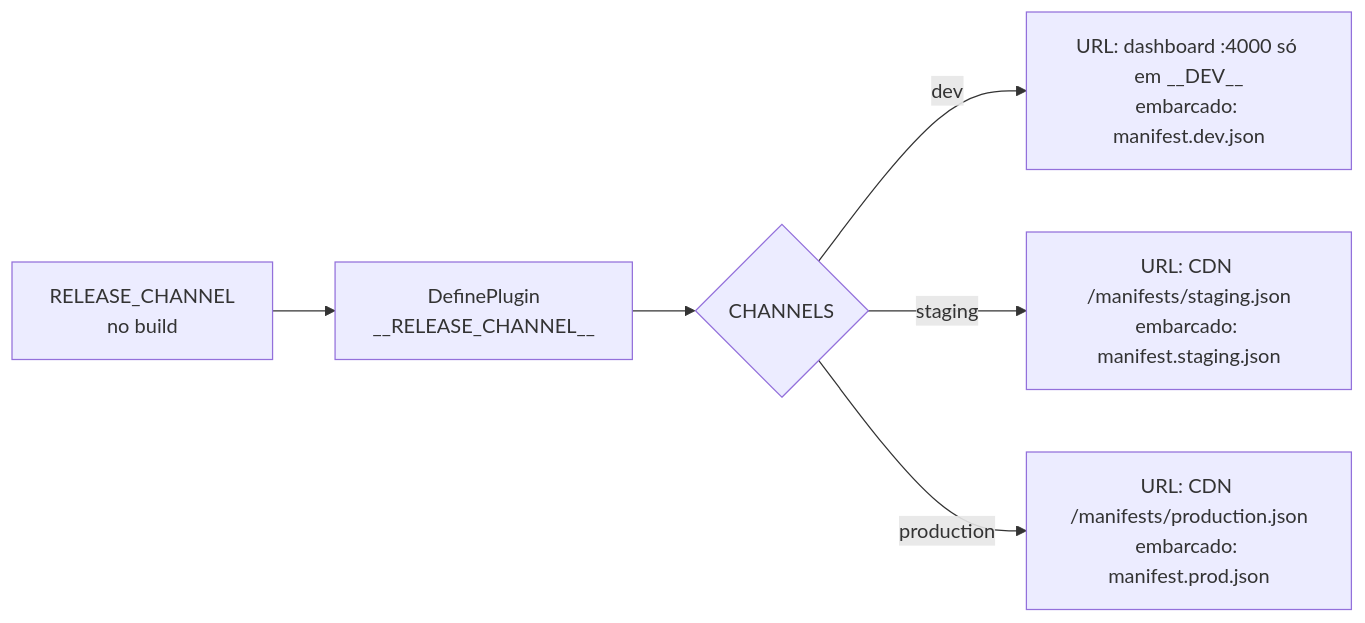
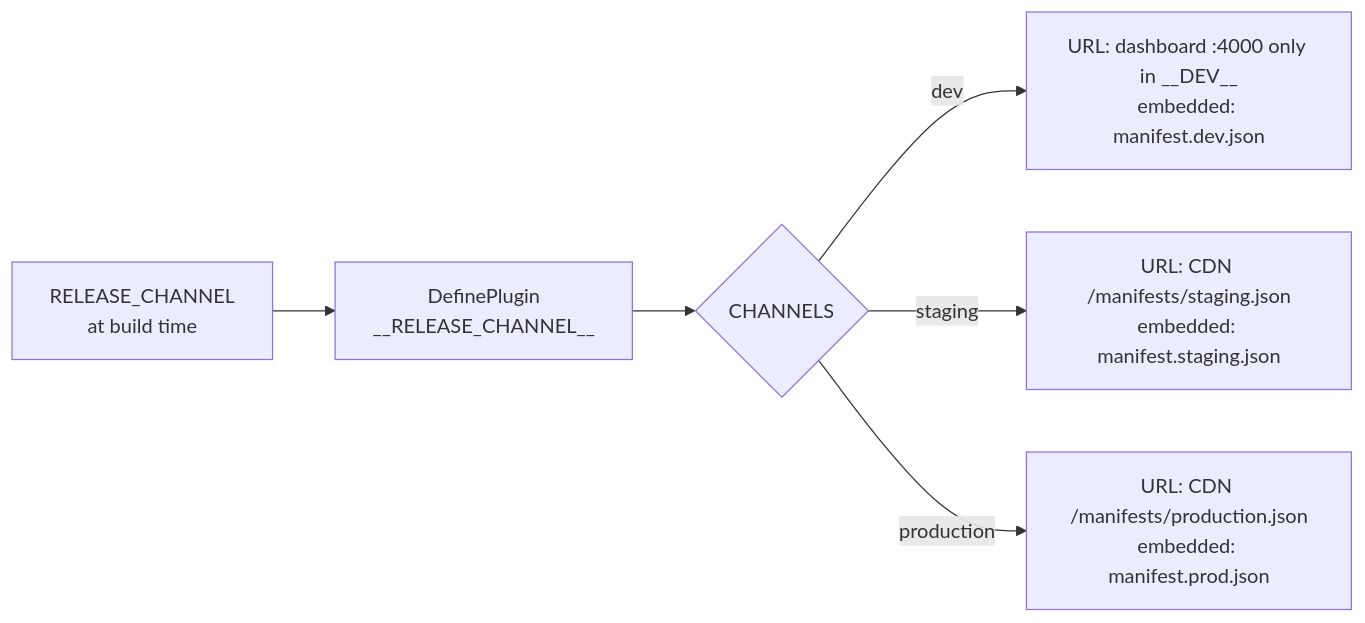
Before and after one commit to Luizrebelatto/module-federation-playground: the sixth of 8 diagrams in todo-mf/ARCHITECTURE.md, drawn with Mermaid. The commit also changed other lines of this file and 16 other files, not shown here.

````diff
--- a/todo-mf/ARCHITECTURE.md
+++ b/todo-mf/ARCHITECTURE.md
@@ -301,8 +301,8 @@
 ```mermaid
 flowchart LR
-  Env["RELEASE_CHANNEL<br/>no build"] --> Define["DefinePlugin<br/>__RELEASE_CHANNEL__"]
+  Env["RELEASE_CHANNEL<br/>at build time"] --> Define["DefinePlugin<br/>__RELEASE_CHANNEL__"]
   Define --> Channels{"CHANNELS"}
-  Channels -- dev --> D["URL: dashboard :4000 só em __DEV__<br/>embarcado: manifest.dev.json"]
-  Channels -- staging --> S["URL: CDN /manifests/staging.json<br/>embarcado: manifest.staging.json"]
-  Channels -- production --> P["URL: CDN /manifests/production.json<br/>embarcado: manifest.prod.json"]
+  Channels -- dev --> D["URL: dashboard :4000 only in __DEV__<br/>embedded: manifest.dev.json"]
+  Channels -- staging --> S["URL: CDN /manifests/staging.json<br/>embedded: manifest.staging.json"]
+  Channels -- production --> P["URL: CDN /manifests/production.json<br/>embedded: manifest.prod.json"]
 ```
````
